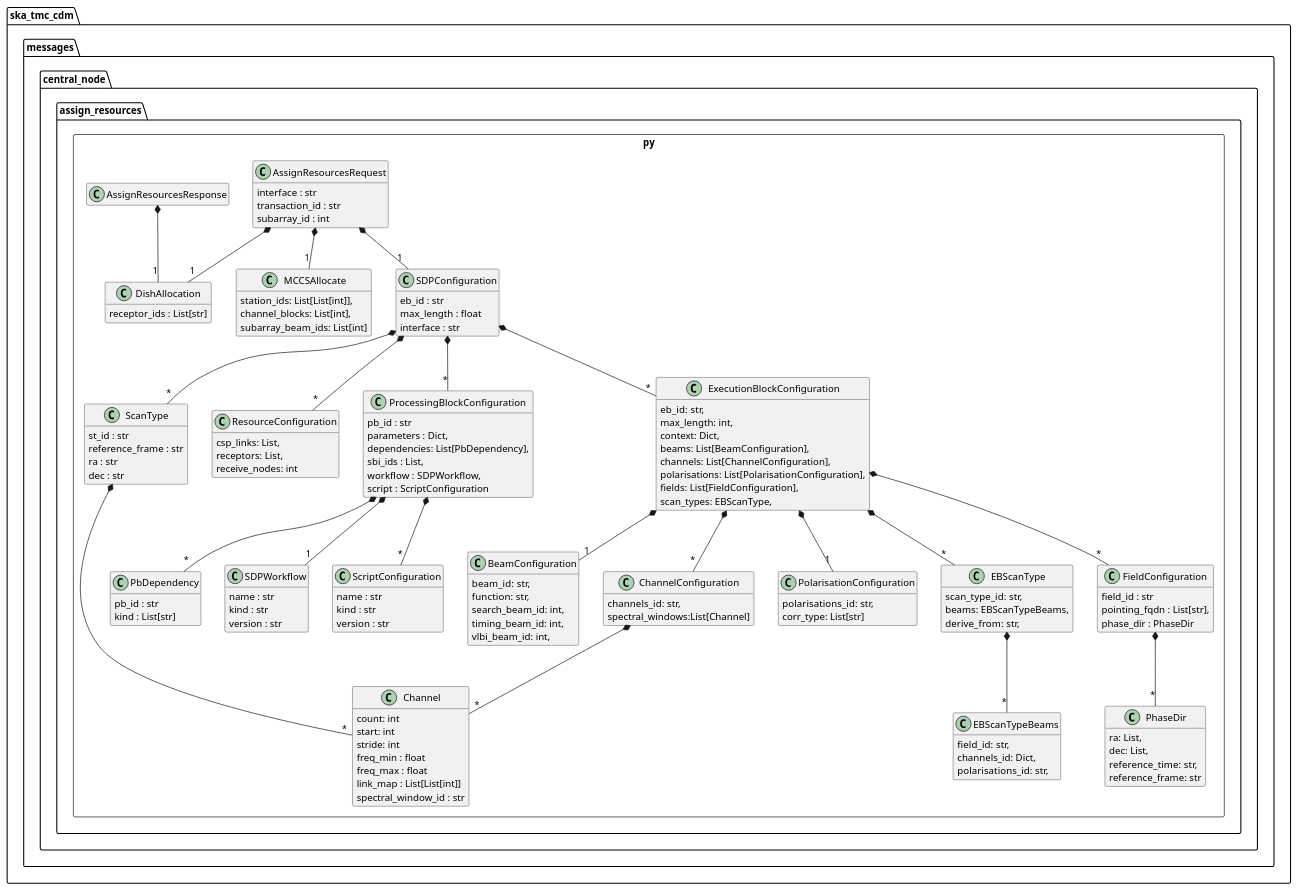
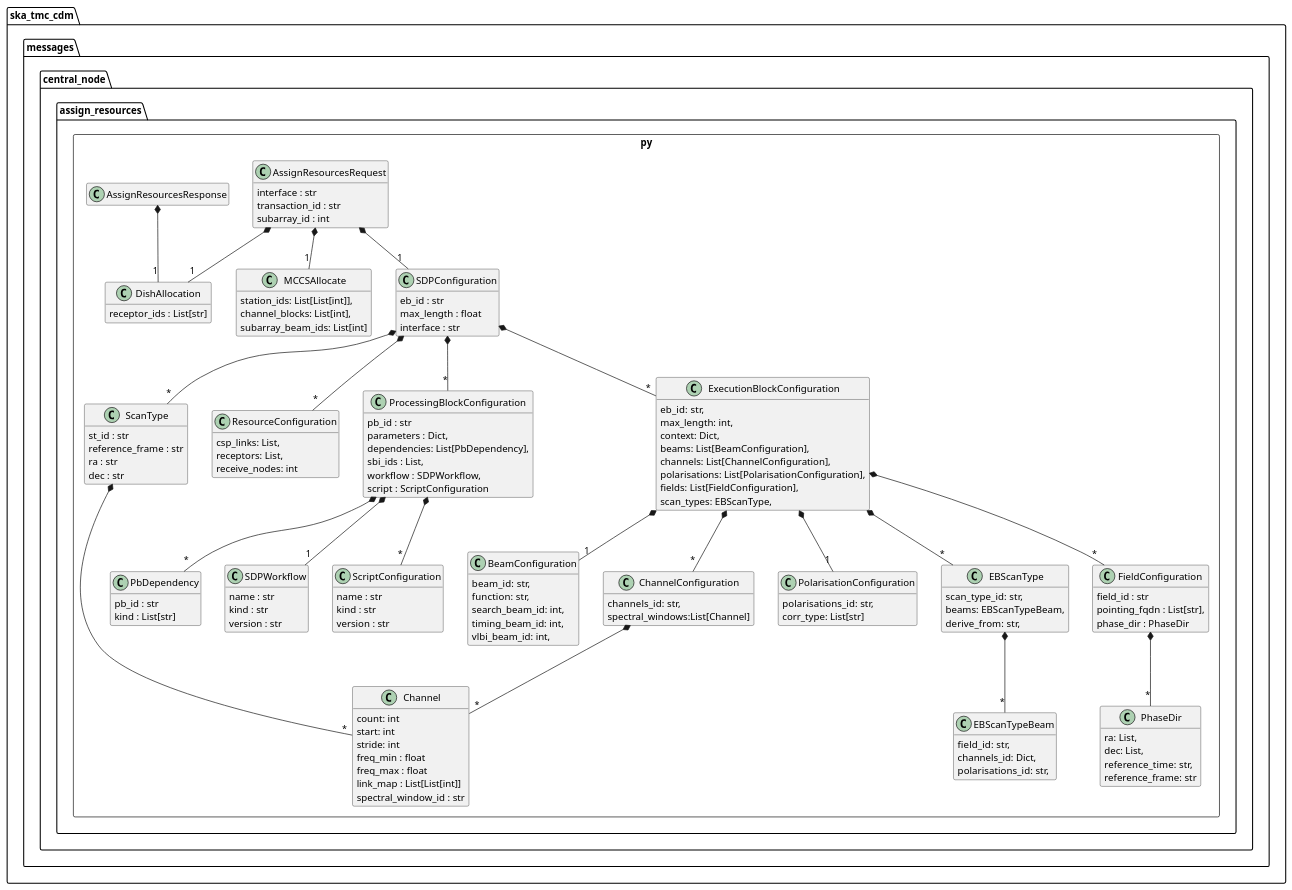
The diagram in docs/src/developer/centralnode/assignresources.puml (ska-telescope/cdm-shared-library), drawn with PlantUML before and after one commit. The commit also changed 7 other files, not shown here.

Commit message:
NAK-111 Changed EBScanTypeBeams to EBScanTypeBeam for schema and message classes

```diff
--- a/docs/src/developer/centralnode/assignresources.puml
+++ b/docs/src/developer/centralnode/assignresources.puml
@@ -1,154 +1,154 @@
 @startuml
 hide empty members
 
 package ska_tmc_cdm.messages.central_node {
     package assign_resources.py <<Rectangle>> {
         class DishAllocation {
             receptor_ids : List[str]
         }
 
         class MCCSAllocate {
             station_ids: List[List[int]],
             channel_blocks: List[int],
             subarray_beam_ids: List[int]
         }
 
         class Channel {
             count: int
             start: int
             stride: int
             freq_min : float
             freq_max : float
             link_map : List[List[int]]
             spectral_window_id : str
         }
 
         class ScanType {
             st_id : str
             reference_frame : str
             ra : str
             dec : str
         }
         ScanType *-- "*" Channel
 
         class PbDependency {
             pb_id : str
             kind : List[str]
         }
          class ResourceConfiguration {
             csp_links: List, 
             receptors: List,
             receive_nodes: int
         }
 
         class PhaseDir {
             ra: List,
             dec: List, 
             reference_time: str, 
             reference_frame: str
         }
         class BeamConfiguration {
             beam_id: str,
             function: str,
             search_beam_id: int,
             timing_beam_id: int,
             vlbi_beam_id: int,
         }
         class ChannelConfiguration {
             channels_id: str,
             spectral_windows:List[Channel] 
         }
         ChannelConfiguration  *-- "*" Channel
 
         class PolarisationConfiguration {
             polarisations_id: str,
             corr_type: List[str]  
         }
-        class EBScanTypeBeams {
+        class EBScanTypeBeam {
             field_id: str,
             channels_id: Dict, 
             polarisations_id: str, 
         }
         class EBScanType {
             scan_type_id: str,
-            beams: EBScanTypeBeams,
+            beams: EBScanTypeBeam,
             derive_from: str, 
         }
-        EBScanType  *-- "*" EBScanTypeBeams
+        EBScanType  *-- "*" EBScanTypeBeam
 
         class FieldConfiguration {
             field_id : str
             pointing_fqdn : List[str],
             phase_dir : PhaseDir
         }
 
         FieldConfiguration  *-- "*" PhaseDir
 
         class SDPWorkflow {
             name : str
             kind : str
             version : str
         }
         
         class ScriptConfiguration {
             name : str
             kind : str
             version : str
         }
 
         class ProcessingBlockConfiguration {
             pb_id : str
             parameters : Dict,
             dependencies: List[PbDependency],
             sbi_ids : List,
             workflow : SDPWorkflow,
             script : ScriptConfiguration
         }
         ProcessingBlockConfiguration  *-- "1" SDPWorkflow
         ProcessingBlockConfiguration  *-- "*" PbDependency
         ProcessingBlockConfiguration  *-- "*" ScriptConfiguration
 
         class ExecutionBlockConfiguration {
             eb_id: str,
             max_length: int,
             context: Dict,
             beams: List[BeamConfiguration],
             channels: List[ChannelConfiguration],
             polarisations: List[PolarisationConfiguration],
             fields: List[FieldConfiguration],
             scan_types: EBScanType,
         }
 
         ExecutionBlockConfiguration  *-- "1" BeamConfiguration
         ExecutionBlockConfiguration  *-- "*" ChannelConfiguration
         ExecutionBlockConfiguration  *-- "1" PolarisationConfiguration
         ExecutionBlockConfiguration  *-- "*" FieldConfiguration
         ExecutionBlockConfiguration  *-- "*" EBScanType
 
 
         class SDPConfiguration {
             eb_id : str
             max_length : float
             interface : str
         }
         SDPConfiguration *-- "*" ScanType
         SDPConfiguration *-- "*" ProcessingBlockConfiguration
         SDPConfiguration *-- "*" ExecutionBlockConfiguration
         SDPConfiguration *-- "*" ResourceConfiguration
 
         class AssignResourcesRequest {
             interface : str
             transaction_id : str
             subarray_id : int
         }
 
         AssignResourcesRequest *-- "1" DishAllocation
         AssignResourcesRequest *-- "1" MCCSAllocate
         AssignResourcesRequest *-- "1" SDPConfiguration
 
         class AssignResourcesResponse
         AssignResourcesResponse *-- "1" DishAllocation
 	}
 }
 
 @enduml
```
